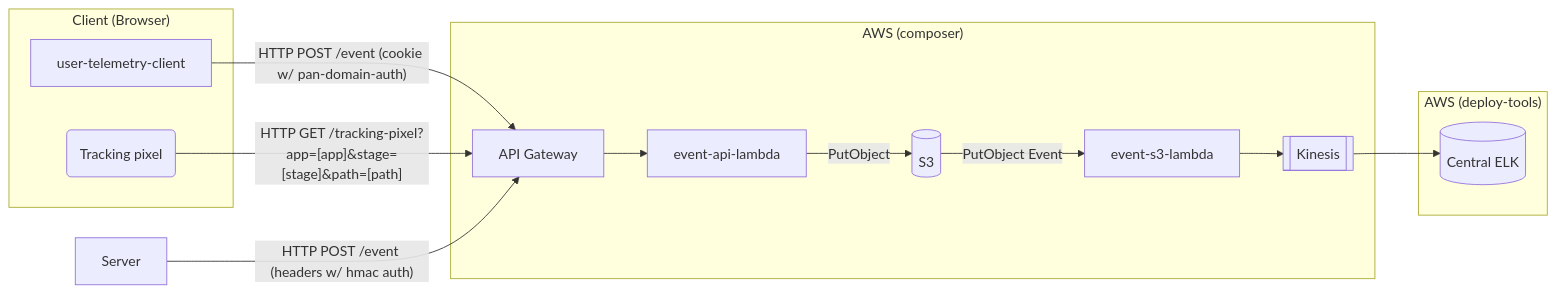
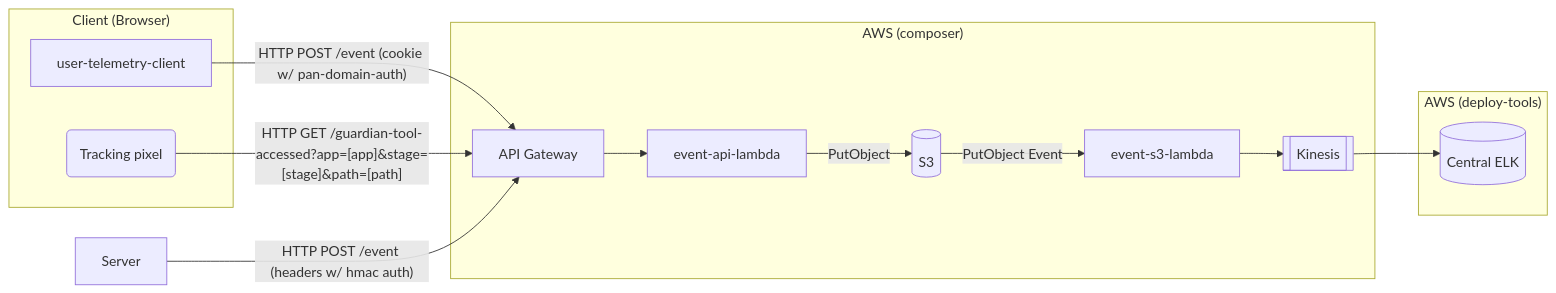
Before and after one commit to guardian/editorial-tools-user-telemetry-service: the diagram in README.md, drawn with Mermaid. The commit also changed other lines of this file and 2 other files, not shown here.

Commit message:
rename tracking-pixel endpoint to guardian-tool-accessed"

````diff
--- a/README.md
+++ b/README.md
@@ -10,19 +10,19 @@
 ```mermaid
 flowchart LR
     subgraph "Client (Browser)"
         UTC[user-telemetry-client]
         UTP(Tracking pixel)
     end
     UTC--"HTTP POST /event (cookie w/ pan-domain-auth)"-->AG[API Gateway]
-UTP--"HTTP GET /tracking-pixel?app=[app]&stage=[stage]&path=[path]"-->AG
+UTP--"HTTP GET /guardian-tool-accessed?app=[app]&stage=[stage]&path=[path]"-->AG
 SRV[Server]--"HTTP POST /event (headers w/ hmac auth)"-->AG
 subgraph "AWS (composer)"
 AG-->EAL[event-api-lambda]
 EAL--PutObject-->S3[(S3)]
 S3--PutObject Event-->ESL[event-s3-lambda]
 ESL-->K[[Kinesis]]
 end
 subgraph "AWS (deploy-tools)"
 K-->CE[(Central ELK)]
 end
 ```
````
